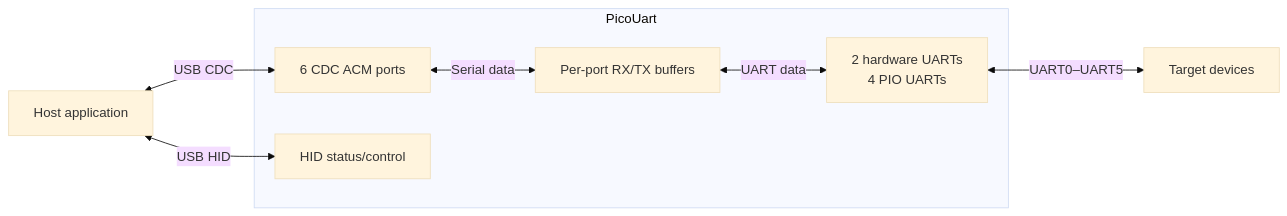
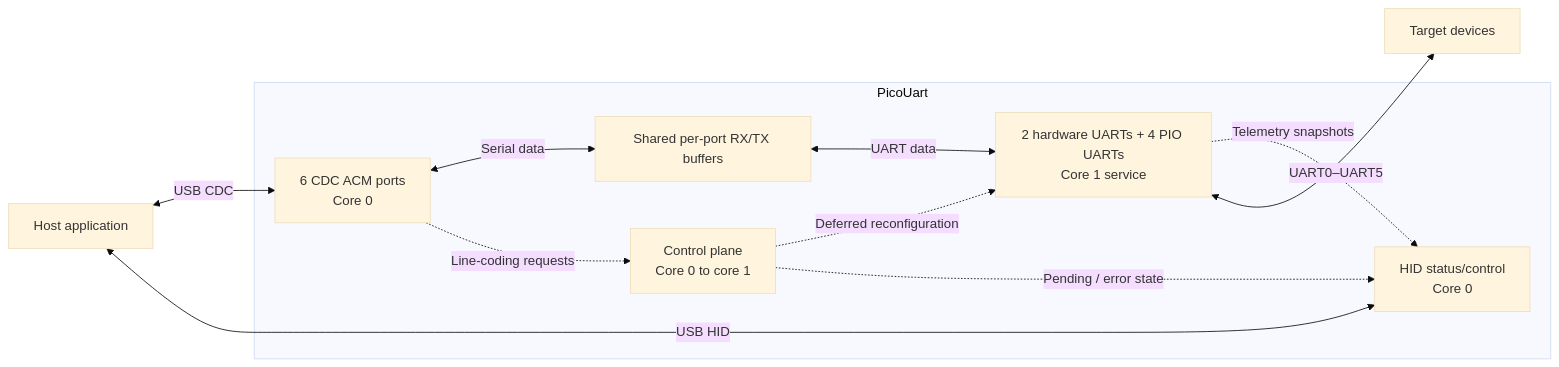
The first of 2 diagrams in docs/design/architecture.md (djwinter29-oss/PicoUart), drawn with Mermaid (base theme) before and after one commit. The commit also changed other lines of this file and 31 other files, not shown here.

````diff
--- a/docs/design/architecture.md
+++ b/docs/design/architecture.md
@@ -9,17 +9,22 @@
 ```mermaid
 flowchart LR
   Host["Host application"]
   subgraph Device["PicoUart"]
-    CDC["6 CDC ACM ports"]
-    Rings["Per-port RX/TX buffers"]
-    Backends["2 hardware UARTs<br/>4 PIO UARTs"]
-    HID["HID status/control"]
+    CDC["6 CDC ACM ports<br/>Core 0"]
+    Rings["Shared per-port RX/TX buffers"]
+    Backends["2 hardware UARTs + 4 PIO UARTs<br/>Core 1 service"]
+    HID["HID status/control<br/>Core 0"]
+    Control["Control plane<br/>Core 0 to core 1"]
     CDC <-->|"Serial data"| Rings
     Rings <-->|"UART data"| Backends
+    CDC -.->|"Line-coding requests"| Control
+    Control -.->|"Deferred reconfiguration"| Backends
+    Control -.->|"Pending / error state"| HID
+    Backends -.->|"Telemetry snapshots"| HID
   end
   Target["Target devices"]
 
   Host <-->|"USB CDC"| CDC
   Host <-->|"USB HID"| HID
   Backends <-->|"UART0–UART5"| Target
 ```
````
